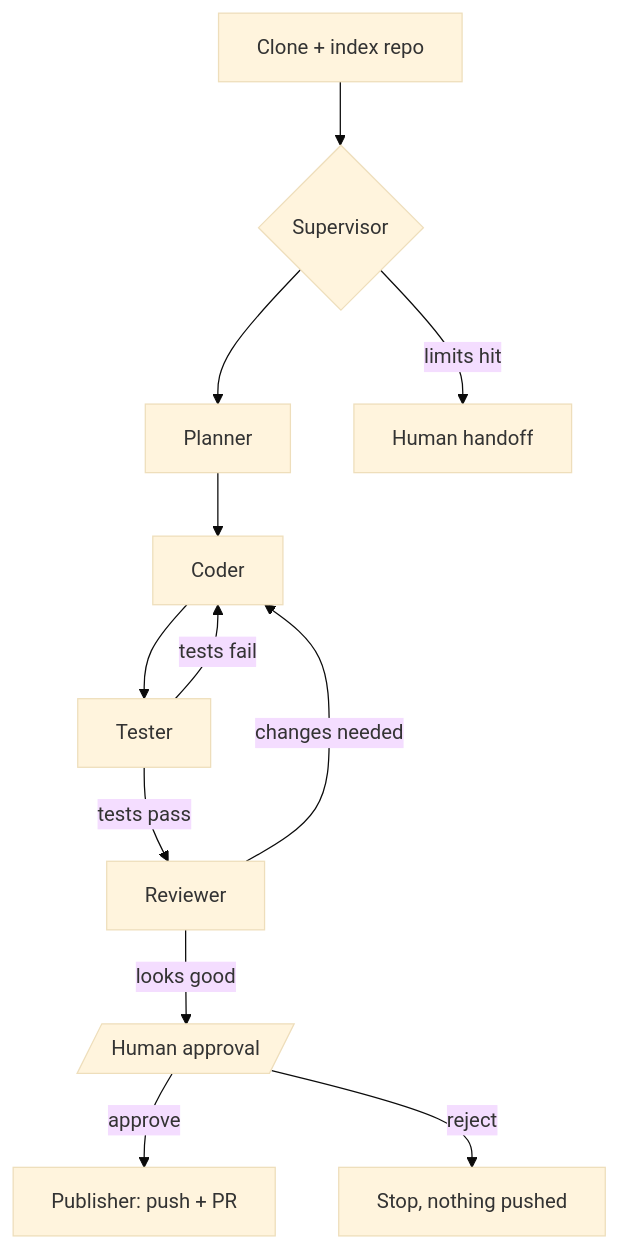
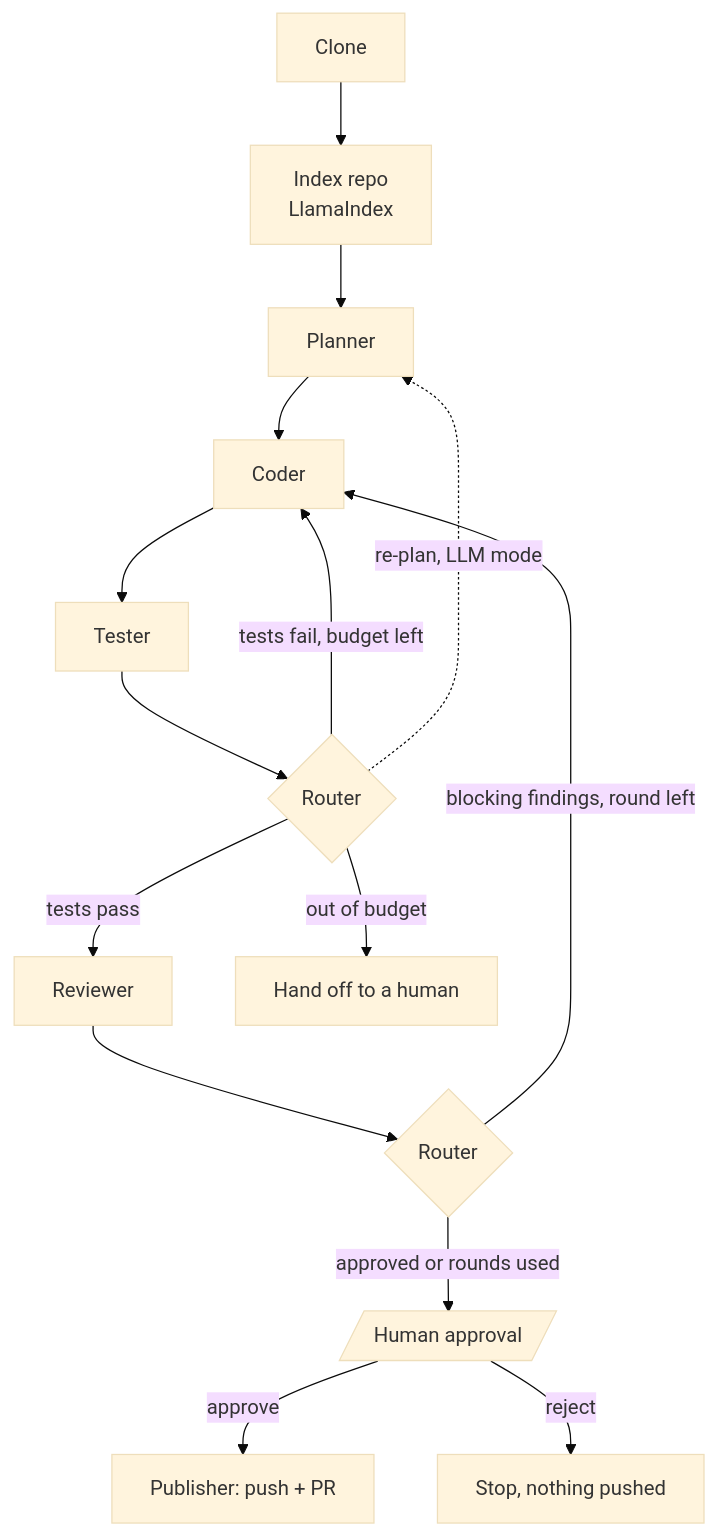
One commit to bhuwanbkt/governed-coding-agent changed the second of 2 diagrams in README.md. Above: the diagram before and after it, drawn with Mermaid (base theme). The commit also changed other lines of this file and 42 other files, not shown here.

Commit message:
feat: phase 3 multi-agent workflow with LlamaIndex retrieval

````diff
--- a/README.md
+++ b/README.md
@@ -28,12 +28,14 @@
 ```mermaid
 flowchart TD
-    A[Clone + index repo] --> S{Supervisor}
-    S --> P[Planner] --> C[Coder] --> T[Tester]
-    T -- tests fail --> C
-    T -- tests pass --> R[Reviewer]
-    R -- changes needed --> C
-    R -- looks good --> H[/Human approval/]
-    S -- limits hit --> X[Human handoff]
+    A[Clone] --> I[Index repo<br/>LlamaIndex] --> P[Planner] --> C[Coder] --> T[Tester]
+    T --> D1{Router}
+    D1 -- tests fail, budget left --> C
+    D1 -. re-plan, LLM mode .-> P
+    D1 -- tests pass --> R[Reviewer]
+    D1 -- out of budget --> X[Hand off to a human]
+    R --> D2{Router}
+    D2 -- blocking findings, round left --> C
+    D2 -- approved or rounds used --> H[/Human approval/]
     H -- approve --> PB[Publisher: push + PR]
     H -- reject --> Z[Stop, nothing pushed]
 ```
````
